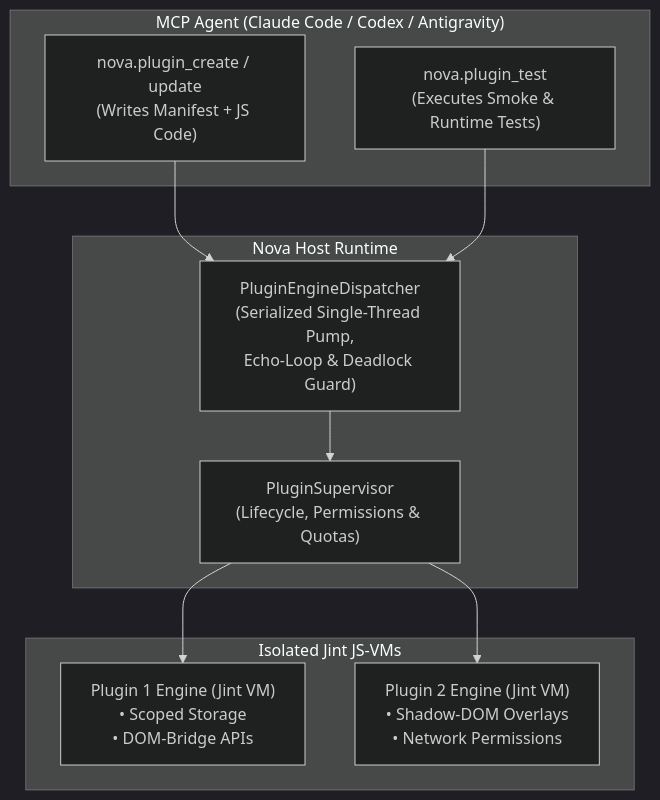
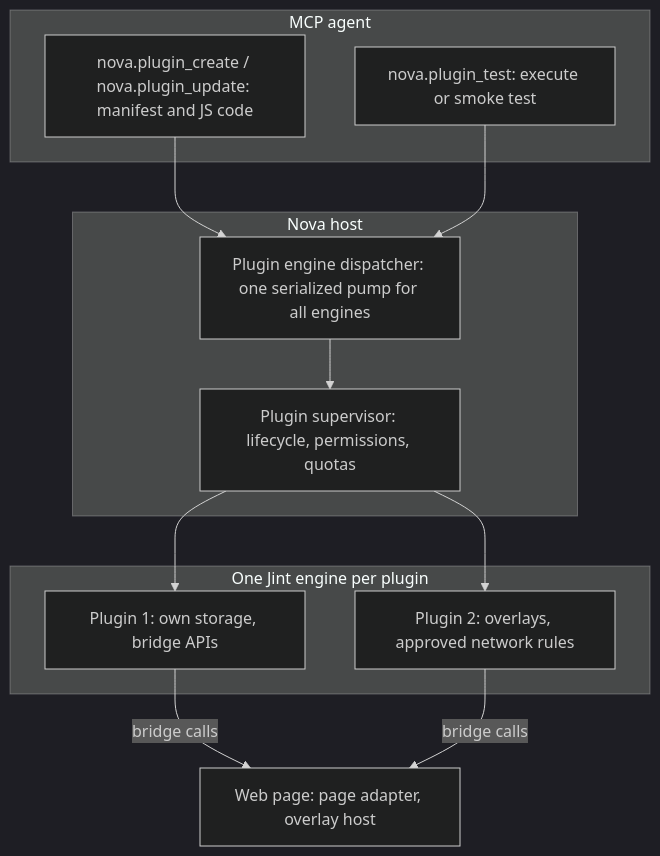
The diagram in docs/core-features/plugins.md (joelaniol/nova), drawn with Mermaid (dark theme) before and after one commit. The commit also changed other lines of this file and 495 other files, not shown here.

````diff
--- a/docs/core-features/plugins.md
+++ b/docs/core-features/plugins.md
@@ -21,23 +21,27 @@
 ```mermaid
 flowchart TD
-    subgraph AgentLayer["MCP Agent (Claude Code / Codex / Antigravity)"]
-        Author["nova.plugin_create / update<br>(Writes Manifest + JS Code)"]
-        Test["nova.plugin_test<br>(Executes Smoke & Runtime Tests)"]
+    subgraph AgentLayer["MCP agent"]
+        Author["nova.plugin_create / nova.plugin_update: manifest and JS code"]
+        Test["nova.plugin_test: execute or smoke test"]
     end
 
-    subgraph HostCore["Nova Host Runtime"]
-        Dispatcher["PluginEngineDispatcher<br>(Serialized Single-Thread Pump,<br>Echo-Loop & Deadlock Guard)"]
-        Supervisor["PluginSupervisor<br>(Lifecycle, Permissions & Quotas)"]
+    subgraph HostCore["Nova host"]
+        Dispatcher["Plugin engine dispatcher: one serialized pump for all engines"]
+        Supervisor["Plugin supervisor: lifecycle, permissions, quotas"]
     end
 
-    subgraph SandboxVM["Isolated Jint JS-VMs"]
-        VM1["Plugin 1 Engine (Jint VM)<br>• Scoped Storage<br>• DOM-Bridge APIs"]
-        VM2["Plugin 2 Engine (Jint VM)<br>• Shadow-DOM Overlays<br>• Network Permissions"]
+    subgraph Engines["One Jint engine per plugin"]
+        VM1["Plugin 1: own storage, bridge APIs"]
+        VM2["Plugin 2: overlays, approved network rules"]
     end
+
+    Page["Web page: page adapter, overlay host"]
 
     Author --> Dispatcher
     Test --> Dispatcher
     Dispatcher --> Supervisor
     Supervisor --> VM1
     Supervisor --> VM2
+    VM1 -->|bridge calls| Page
+    VM2 -->|bridge calls| Page
 ```
````
